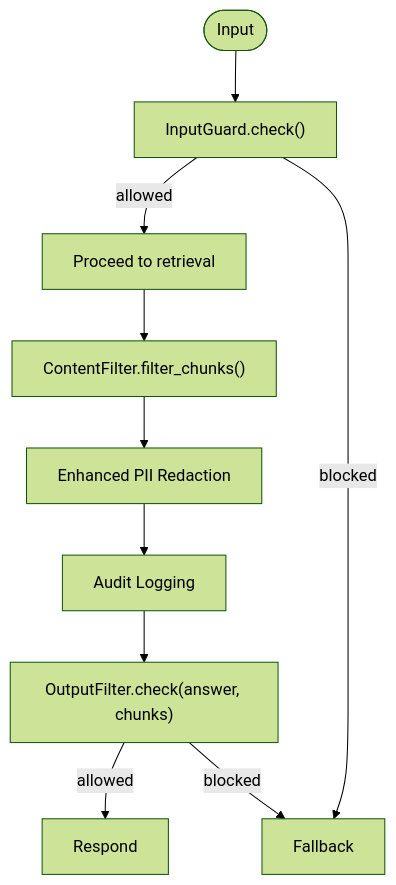
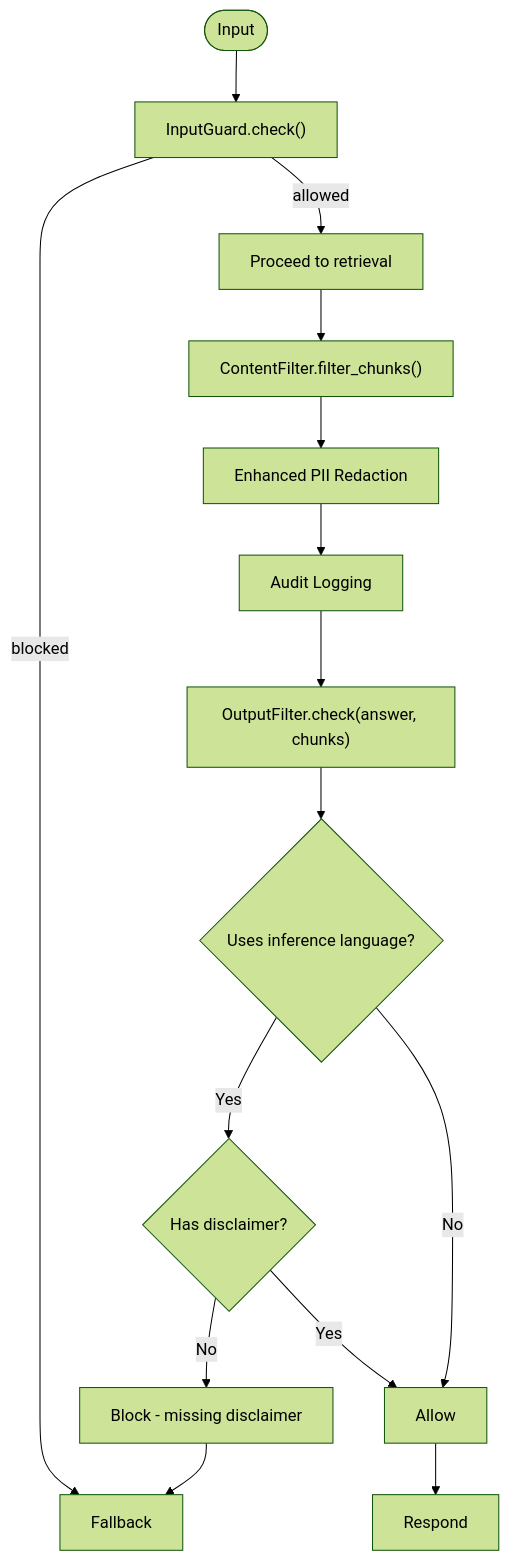
Before and after one commit to genes8/private-ai: the ninth of 12 diagrams in .qoder/repowiki/en/content/Backend Development/Service Layer/RAG Pipeline Service.md, drawn with Mermaid (forest theme). The commit also changed other lines of this file and 19 other files, not shown here.

````diff
--- a/.qoder/repowiki/en/content/Backend Development/Service Layer/RAG Pipeline Service.md
+++ b/.qoder/repowiki/en/content/Backend Development/Service Layer/RAG Pipeline Service.md
@@ -407,12 +431,17 @@
 ```mermaid
 flowchart TD
 In(["Input"]) --> IG["InputGuard.check()"]
 IG --> |allowed| Proceed["Proceed to retrieval"]
 IG --> |blocked| Fallback["Fallback"]
 Proceed --> CF["ContentFilter.filter_chunks()"]
 CF --> Redact["Enhanced PII Redaction"]
 Redact --> Log["Audit Logging"]
 Log --> OF["OutputFilter.check(answer, chunks)"]
-OF --> |allowed| Respond["Respond"]
-OF --> |blocked| Fallback
+OF --> InferenceCheck{"Uses inference language?"}
+InferenceCheck --> |Yes| Disclaimer{"Has disclaimer?"}
+Disclaimer --> |No| Block["Block - missing disclaimer"]
+Disclaimer --> |Yes| Allow["Allow"]
+InferenceCheck --> |No| Allow
+Block --> Fallback
+Allow --> Respond["Respond"]
 ```
````
